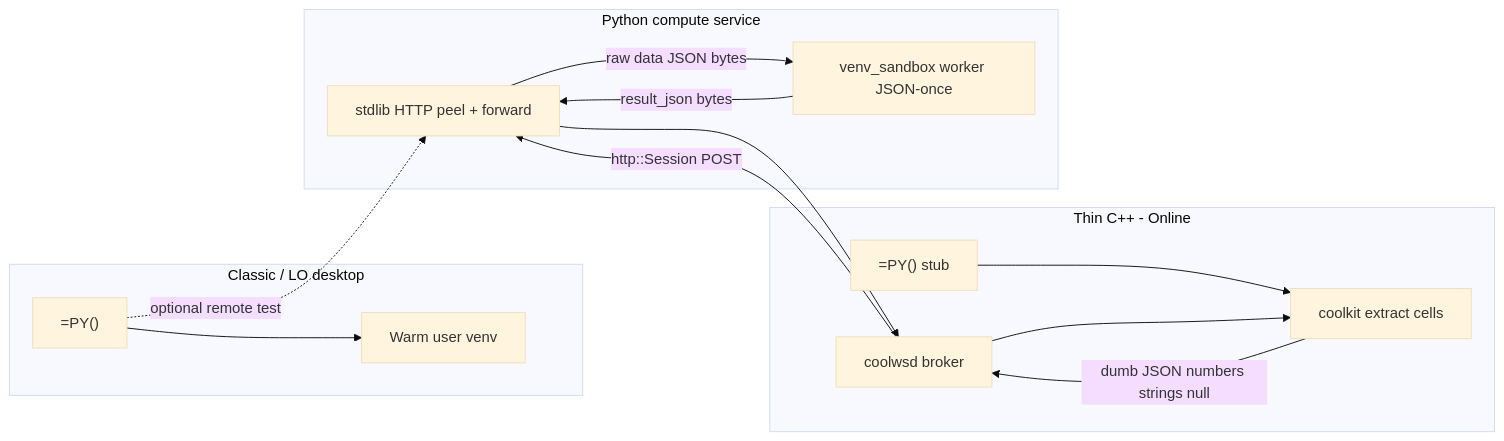
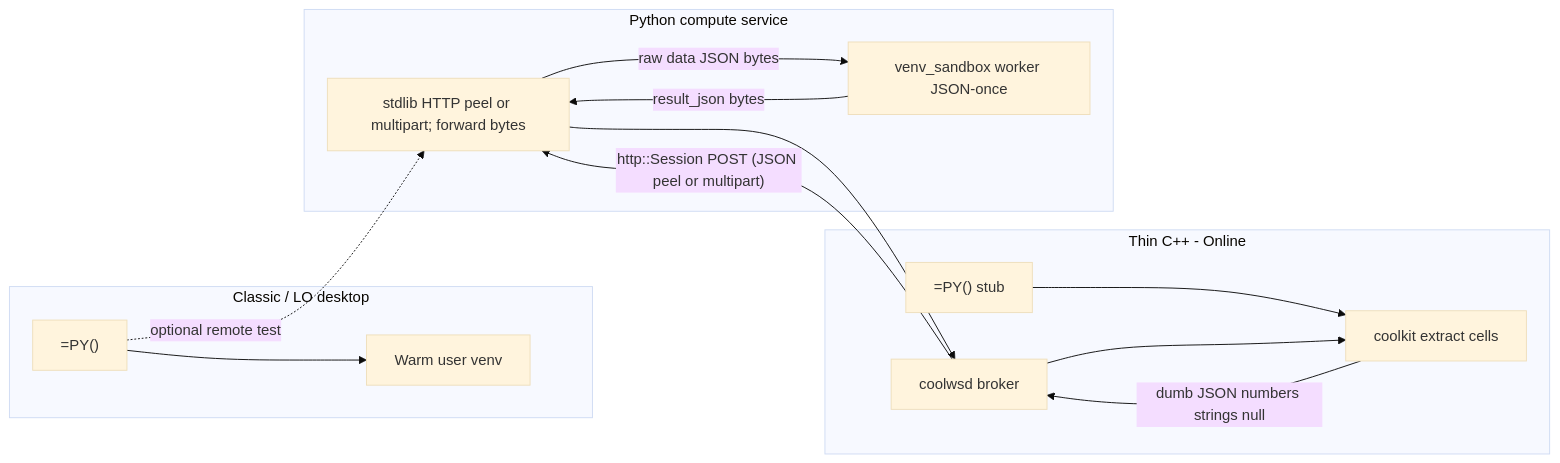
One commit to Augusto-Zolet/writeragent changed the diagram in docs/scripting/numpy-jailsafe.md. Above: the diagram before and after it, drawn with Mermaid (base theme). The commit also changed other lines of this file and 5 other files, not shown here.

First line of the commit message:
Optional multipart ingress beside JSON peel (#767)

````diff
--- a/docs/scripting/numpy-jailsafe.md
+++ b/docs/scripting/numpy-jailsafe.md
@@ -114,21 +114,21 @@
 ```mermaid
 flowchart LR
   subgraph classic [Classic / LO desktop]
     Calc1["=PY()"] --> LocalVenv["Warm user venv"]
   end
   subgraph cpp [Thin C++ - Online]
     PY["=PY() stub"]
     Kit[coolkit extract cells]
     Wsd[coolwsd broker]
   end
   subgraph py [Python compute service]
-    Http[stdlib HTTP peel + forward]
+    Http[stdlib HTTP peel or multipart; forward bytes]
     Run[venv_sandbox worker JSON-once]
   end
   Calc1 -.->|optional remote test| Http
   PY --> Kit
   Kit -->|"dumb JSON numbers strings null"| Wsd
-  Wsd -->|"http::Session POST"| Http
+  Wsd -->|"http::Session POST (JSON peel or multipart)"| Http
   Http -->|"raw data JSON bytes"| Run
   Run -->|"result_json bytes"| Http --> Wsd --> Kit
 ```
````
